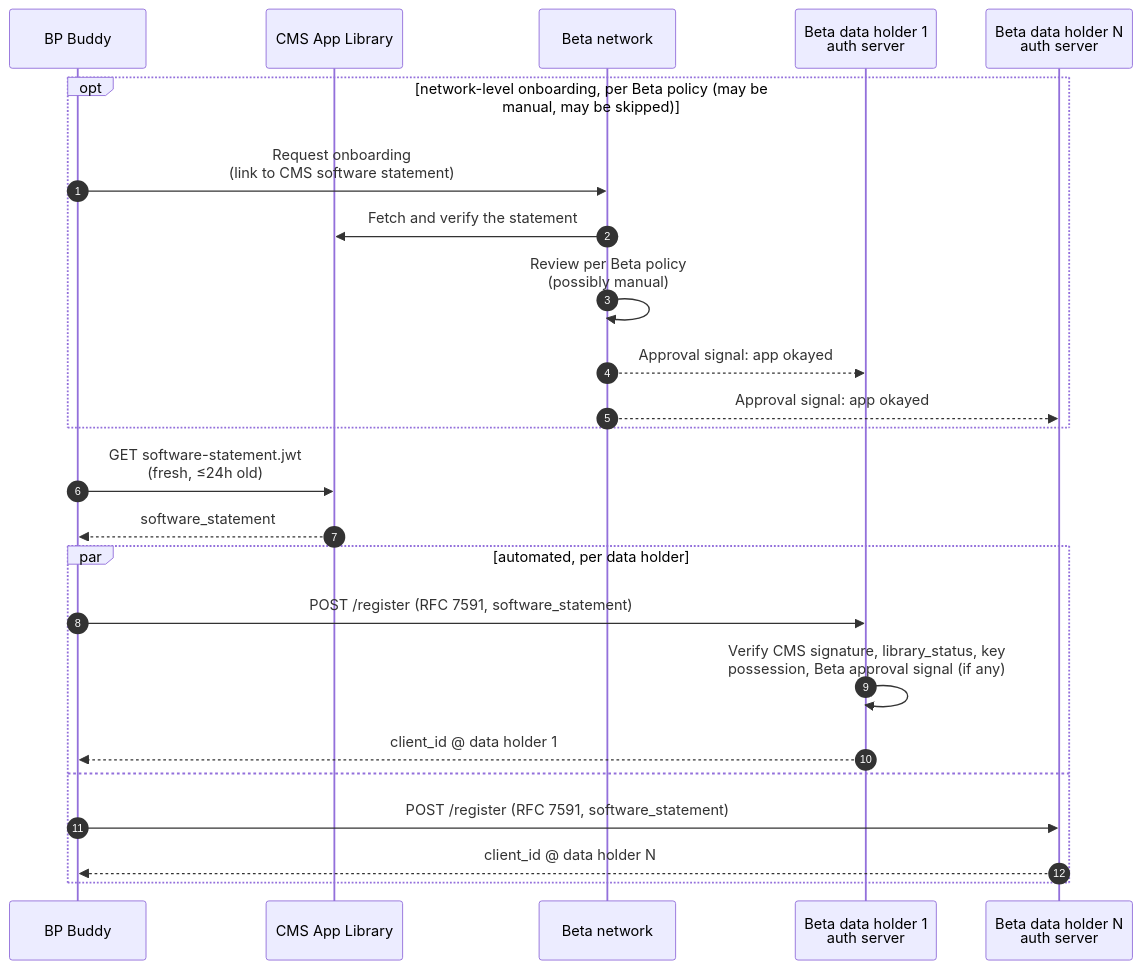
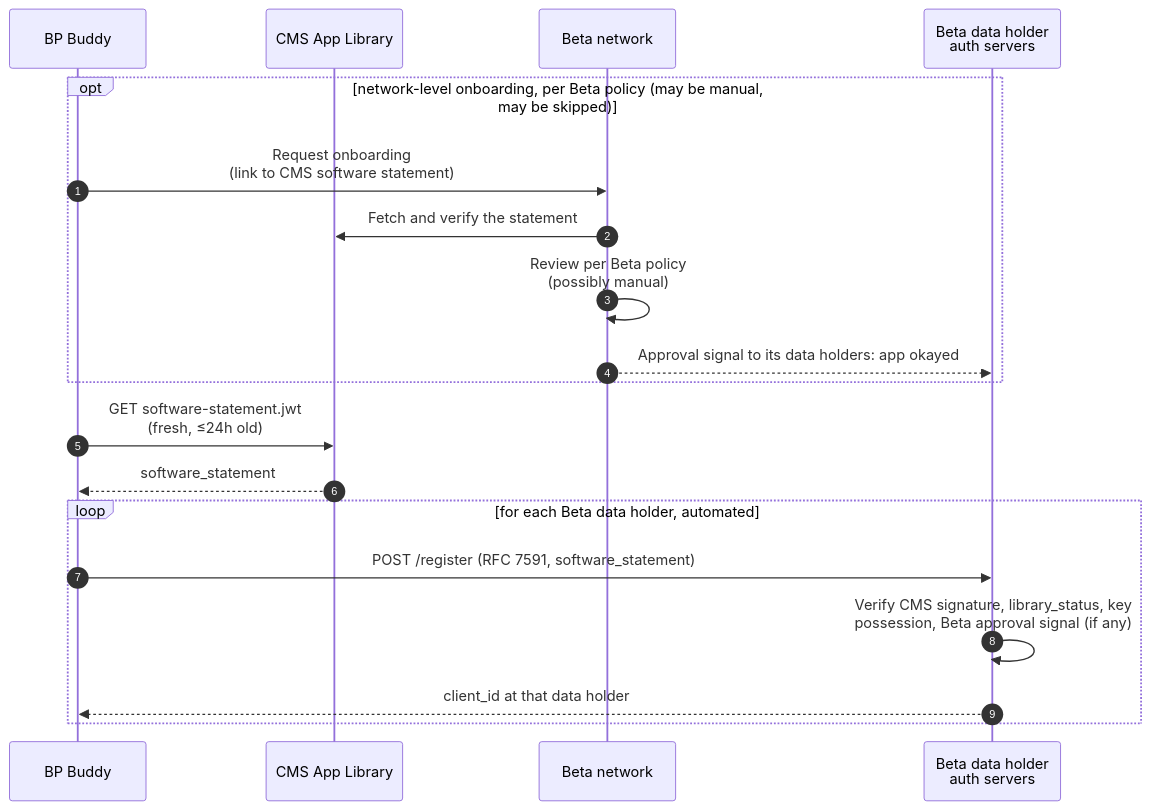
The fourth of 10 diagrams in app-connectivity-flows.md (jmandel/cms-ns), drawn with Mermaid before and after one commit. The commit also changed other lines of this file, not shown here.

Commit message:
2b/2c: single data-holder lane with a loop instead of par + enumerated actors

````diff
--- a/app-connectivity-flows.md
+++ b/app-connectivity-flows.md
@@ -110,27 +110,22 @@
 ```mermaid
 sequenceDiagram
     autonumber
     participant App as BP Buddy
     participant CMS as CMS App Library
     participant Beta as Beta network
-    participant DH1 as Beta data holder 1<br/>auth server
-    participant DHn as Beta data holder N<br/>auth server
+    participant DH as Beta data holder<br/>auth servers
 
     opt network-level onboarding, per Beta policy (may be manual, may be skipped)
         App->>Beta: Request onboarding<br/>(link to CMS software statement)
         Beta->>CMS: Fetch and verify the statement
         Beta->>Beta: Review per Beta policy<br/>(possibly manual)
-        Beta-->>DH1: Approval signal: app okayed
-        Beta-->>DHn: Approval signal: app okayed
+        Beta-->>DH: Approval signal to its data holders: app okayed
     end
     App->>CMS: GET software-statement.jwt<br/>(fresh, ≤24h old)
     CMS-->>App: software_statement
-    par automated, per data holder
-        App->>DH1: POST /register (RFC 7591, software_statement)
-        DH1->>DH1: Verify CMS signature, library_status, key<br/>possession, Beta approval signal (if any)
-        DH1-->>App: client_id @ data holder 1
-    and
-        App->>DHn: POST /register (RFC 7591, software_statement)
-        DHn-->>App: client_id @ data holder N
+    loop for each Beta data holder, automated
+        App->>DH: POST /register (RFC 7591, software_statement)
+        DH->>DH: Verify CMS signature, library_status, key<br/>possession, Beta approval signal (if any)
+        DH-->>App: client_id at that data holder
     end
 ```
````
